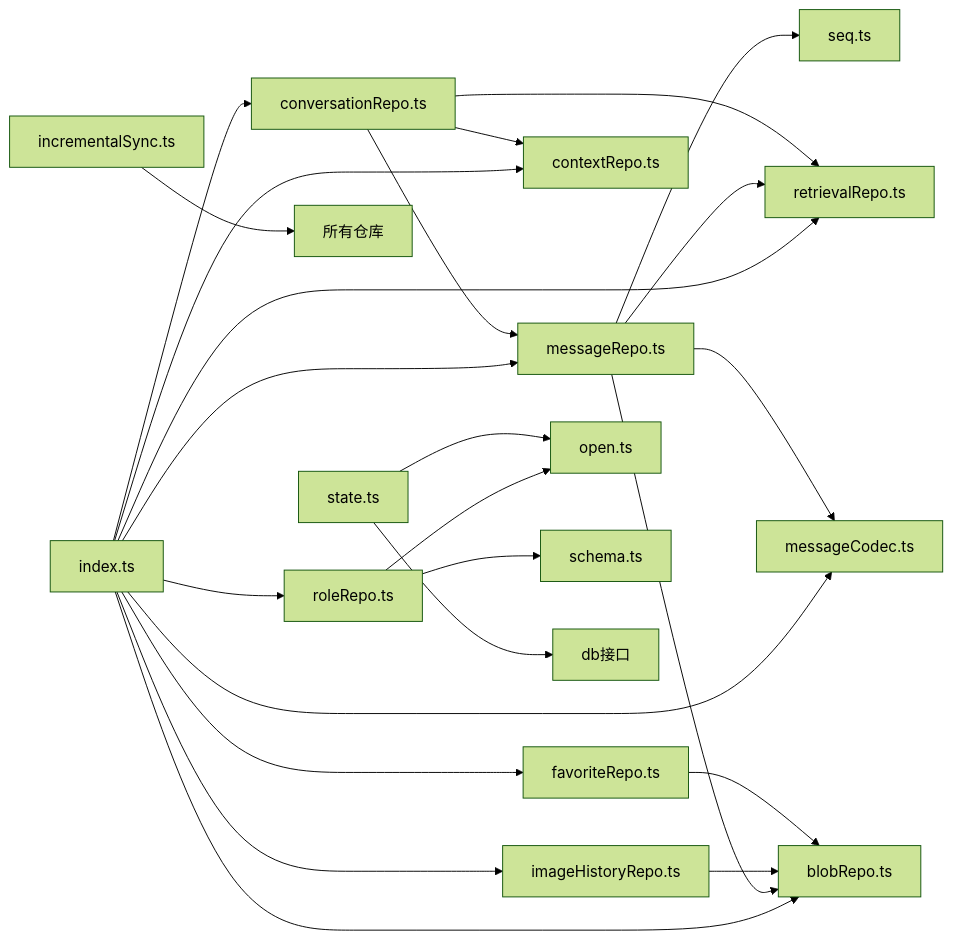
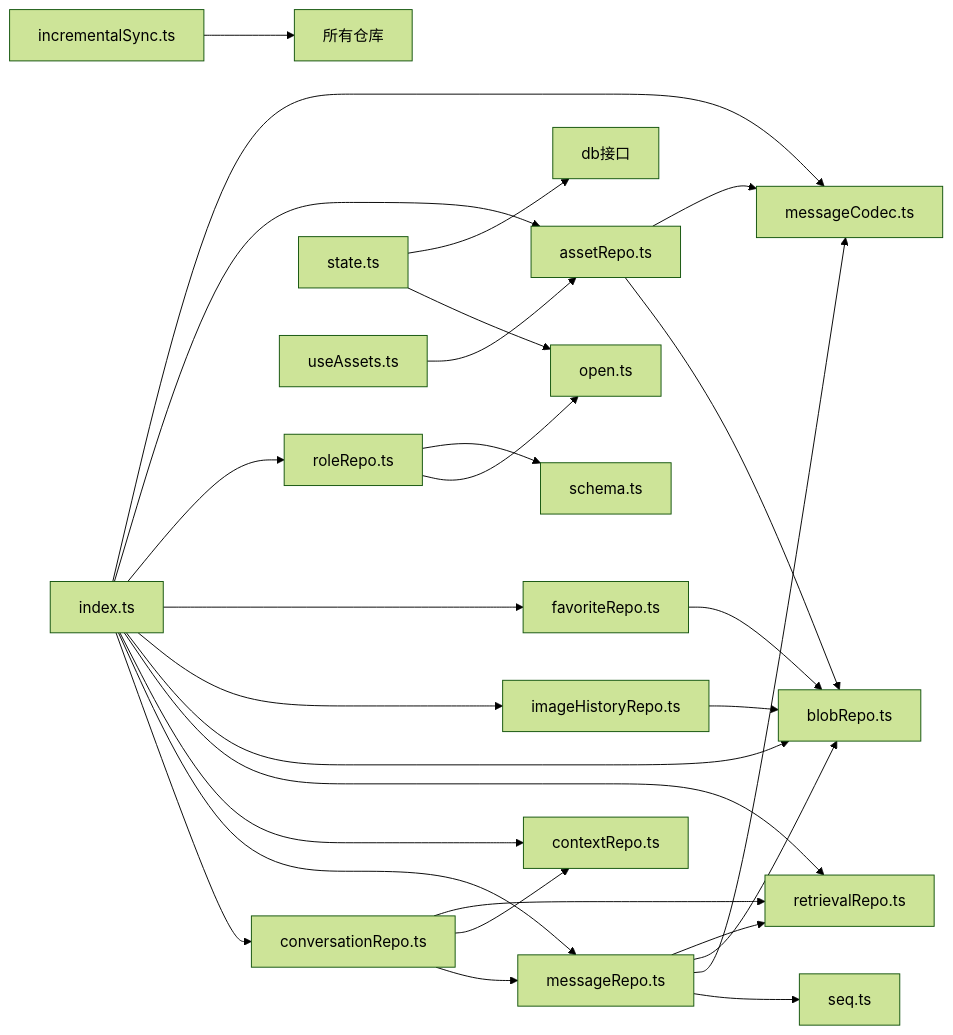
Before and after one commit to billye220670/AIShop: diagram 13 of 14 in .qoder/repowiki/zh/content/数据持久化/数据库层/数据库层.md, drawn with Mermaid (forest theme). The commit also changed other lines of this file and 44 other files, not shown here.

First line of the commit message:
feat: 图片全屏查看器手势缩放 + 用户图片直出与库图片预览接入

````diff
--- a/.qoder/repowiki/zh/content/数据持久化/数据库层/数据库层.md
+++ b/.qoder/repowiki/zh/content/数据持久化/数据库层/数据库层.md
@@ -466,26 +550,30 @@
 ```mermaid
 graph LR
 Index["index.ts"] --> Conv["conversationRepo.ts"]
 Index --> Msg["messageRepo.ts"]
 Index --> Ctx["contextRepo.ts"]
 Index --> Ret["retrievalRepo.ts"]
 Index --> Blob["blobRepo.ts"]
 Index --> Img["imageHistoryRepo.ts"]
 Index --> Fav["favoriteRepo.ts"]
 Index --> Role["roleRepo.ts"]
+Index --> Asset["assetRepo.ts"]
 Index --> Codec["messageCodec.ts"]
 Msg --> Seq["seq.ts"]
 Msg --> Codec
 Msg --> Blob
 Msg --> Ret
 Conv --> Msg
 Conv --> Ctx
 Conv --> Ret
 Img --> Blob
 Fav --> Blob
+Asset --> Blob
+Asset --> Codec
 Role --> Open["open.ts"]
 Role --> Schema["schema.ts"]
 Sync["incrementalSync.ts"] --> All["所有仓库"]
 State["state.ts"] --> Open["open.ts"]
 State --> Db["db接口"]
+UseAssets["useAssets.ts"] --> Asset
 ```
````
